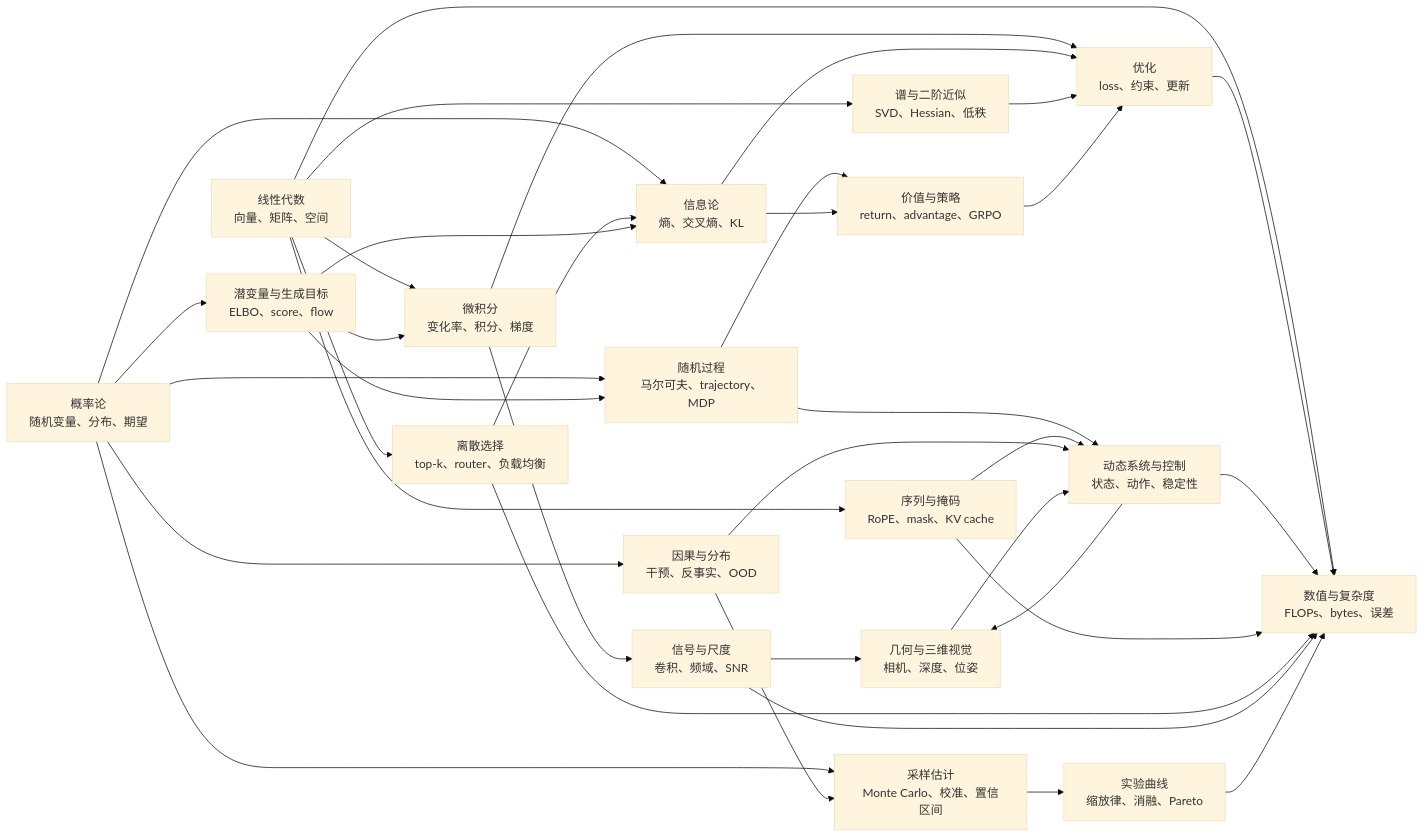
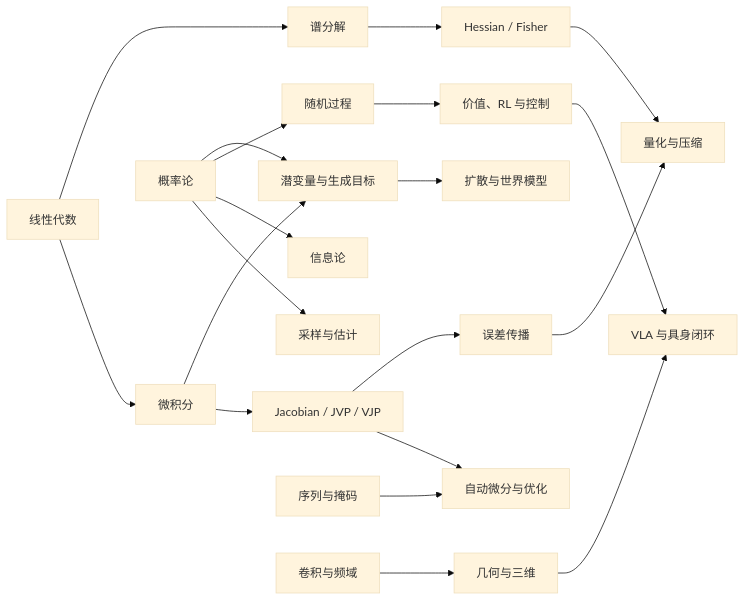
Before and after one commit to Charles2530/Charles-AI-notes: the diagram in files/prerequisite-math/index.md, drawn with Mermaid (base theme). The commit also changed other lines of this file and 215 other files, not shown here.

````diff
--- a/files/prerequisite-math/index.md
+++ b/files/prerequisite-math/index.md
@@ -32,38 +66,24 @@
-```mermaid
+~~~mermaid
 flowchart LR
-  A["线性代数<br/>向量、矩阵、空间"] --> B["微积分<br/>变化率、积分、梯度"]
-  A --> I["谱与二阶近似<br/>SVD、Hessian、低秩"]
-  A --> M["序列与掩码<br/>RoPE、mask、KV cache"]
-  A --> R["离散选择<br/>top-k、router、负载均衡"]
-  B --> C["优化<br/>loss、约束、更新"]
-  D["概率论<br/>随机变量、分布、期望"] --> E["随机过程<br/>马尔可夫、trajectory、MDP"]
-  D --> J["采样估计<br/>Monte Carlo、校准、置信区间"]
-  D --> Q["潜变量与生成目标<br/>ELBO、score、flow"]
-  D --> F["信息论<br/>熵、交叉熵、KL"]
-  D --> P["因果与分布<br/>干预、反事实、OOD"]
-  E --> G["动态系统与控制<br/>状态、动作、稳定性"]
-  E --> N["价值与策略<br/>return、advantage、GRPO"]
-  G --> K["几何与三维视觉<br/>相机、深度、位姿"]
-  B --> O["信号与尺度<br/>卷积、频域、SNR"]
-  A --> H["数值与复杂度<br/>FLOPs、bytes、误差"]
-  J --> L["实验曲线<br/>缩放律、消融、Pareto"]
-  C --> H
-  F --> C
-  F --> N
+  A["线性代数"] --> B["微积分"]
+  B --> C["Jacobian / JVP / VJP"]
+  A --> D["谱分解"]
+  C --> E["自动微分与优化"]
+  C --> F["误差传播"]
+  D --> G["Hessian / Fisher"]
+  F --> H["量化与压缩"]
   G --> H
-  I --> C
-  M --> H
-  M --> G
-  R --> F
-  R --> H
-  Q --> E
-  Q --> B
-  Q --> F
-  N --> C
-  P --> J
-  P --> G
-  O --> K
-  O --> H
-  K --> G
-  L --> H
-```
+
+  P["概率论"] --> Q["采样与估计"]
+  P --> R["信息论"]
+  P --> S["随机过程"]
+  P --> T["潜变量与生成目标"]
+  B --> T
+  T --> U["扩散与世界模型"]
+  S --> V["价值、RL 与控制"]
+  V --> W["VLA 与具身闭环"]
+
+  X["序列与掩码"] --> E
+  Y["卷积与频域"] --> Z["几何与三维"]
+  Z --> W
+~~~
````
